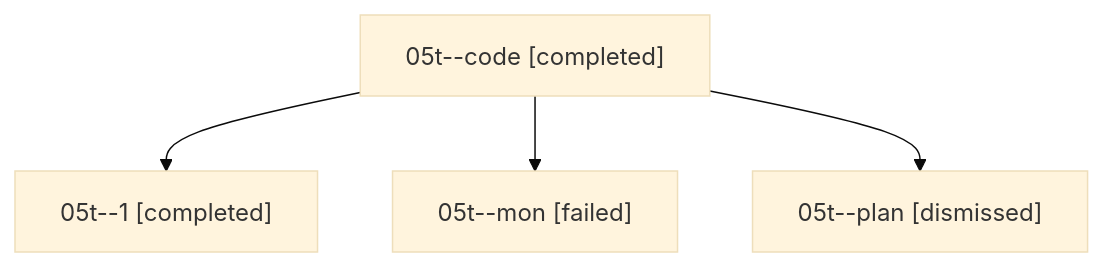
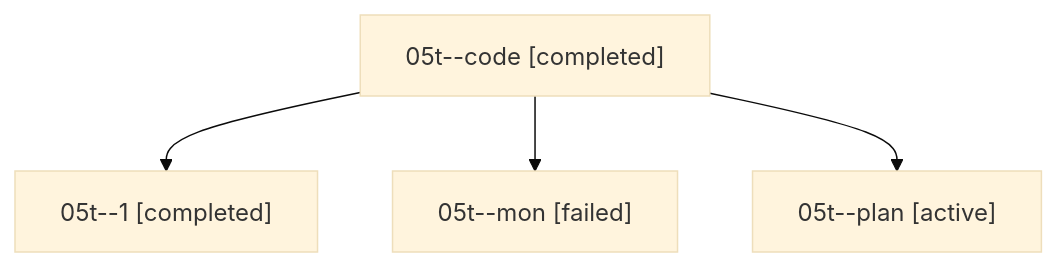
Before and after one commit to sase-org/sase--agents: the diagram in families/bbugyi200.athena.05t.md, drawn with Mermaid (base theme). The commit also changed other lines of this file and 35830 other files, not shown here.

````diff
--- a/families/bbugyi200.athena.05t.md
+++ b/families/bbugyi200.athena.05t.md
@@ -9,10 +9,10 @@
 ```mermaid
 flowchart TD
   n0["05t--code [completed]"]
   n1["05t--1 [completed]"]
   n0 --> n1
   n2["05t--mon [failed]"]
   n0 --> n2
-  n3["05t--plan [dismissed]"]
+  n3["05t--plan [active]"]
   n0 --> n3
 ```
````
